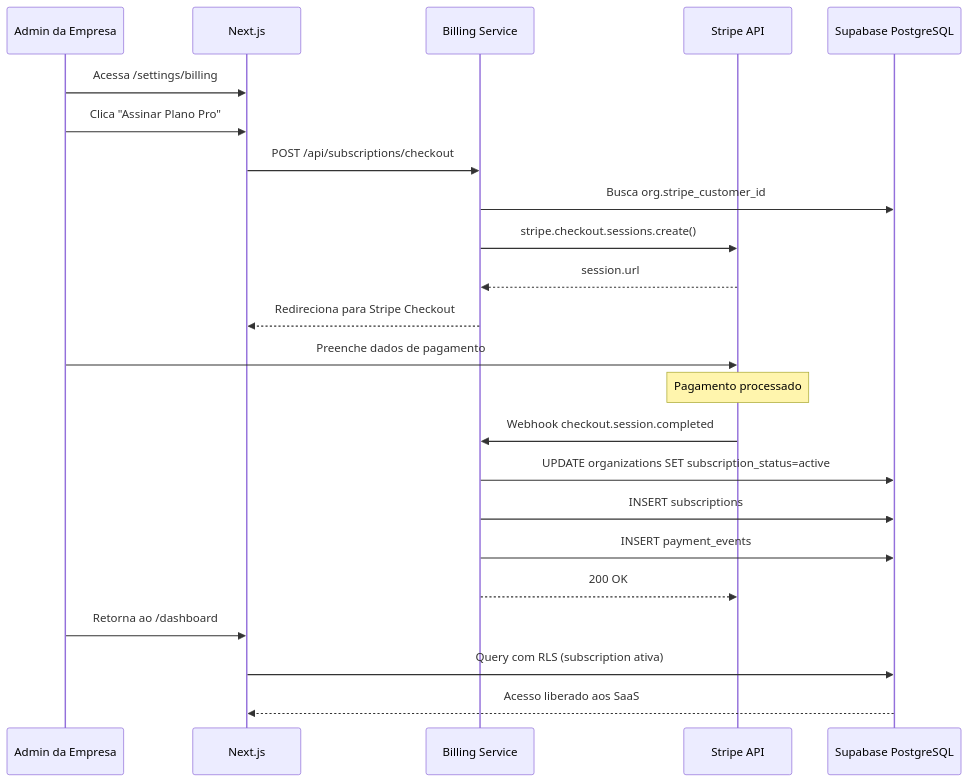
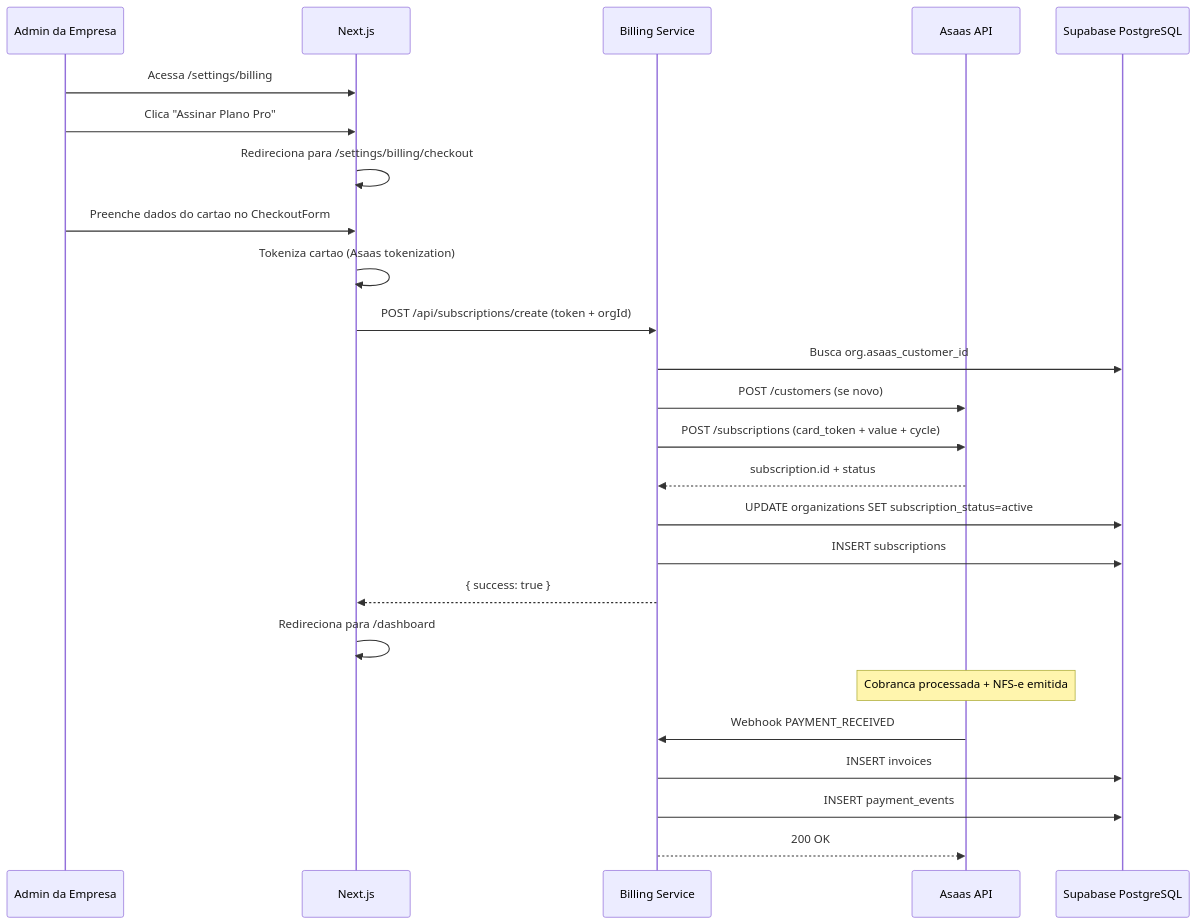
Before and after one commit to andreassichaves/baseMedicalSaas: the fifth of 7 diagrams in ARCHITECTURE.md, drawn with Mermaid. The commit also changed other lines of this file and 32 other files, not shown here.

````diff
--- a/ARCHITECTURE.md
+++ b/ARCHITECTURE.md
@@ -722,29 +833,30 @@
 ```mermaid
 sequenceDiagram
     participant Admin as Admin da Empresa
     participant App as Next.js
     participant Billing as Billing Service
-    participant Stripe as Stripe API
+    participant Asaas as Asaas API
     participant DB as Supabase PostgreSQL
 
     Admin->>App: Acessa /settings/billing
     Admin->>App: Clica "Assinar Plano Pro"
-    App->>Billing: POST /api/subscriptions/checkout
-    Billing->>DB: Busca org.stripe_customer_id
-    Billing->>Stripe: stripe.checkout.sessions.create()
-    Stripe-->>Billing: session.url
-    Billing-->>App: Redireciona para Stripe Checkout
-    Admin->>Stripe: Preenche dados de pagamento
-
-    Note over Stripe: Pagamento processado
-
-    Stripe->>Billing: Webhook checkout.session.completed
+    App->>App: Redireciona para /settings/billing/checkout
+    Admin->>App: Preenche dados do cartao no CheckoutForm
+    App->>App: Tokeniza cartao (Asaas tokenization)
+    App->>Billing: POST /api/subscriptions/create (token + orgId)
+    Billing->>DB: Busca org.asaas_customer_id
+    Billing->>Asaas: POST /customers (se novo)
+    Billing->>Asaas: POST /subscriptions (card_token + value + cycle)
+    Asaas-->>Billing: subscription.id + status
     Billing->>DB: UPDATE organizations SET subscription_status=active
     Billing->>DB: INSERT subscriptions
+    Billing-->>App: { success: true }
+    App->>App: Redireciona para /dashboard
+
+    Note over Asaas: Cobranca processada + NFS-e emitida
+
+    Asaas->>Billing: Webhook PAYMENT_RECEIVED
+    Billing->>DB: INSERT invoices
     Billing->>DB: INSERT payment_events
-    Billing-->>Stripe: 200 OK
-
-    Admin->>App: Retorna ao /dashboard
-    App->>DB: Query com RLS (subscription ativa)
-    DB-->>App: Acesso liberado aos SaaS
+    Billing-->>Asaas: 200 OK
 ```
````
